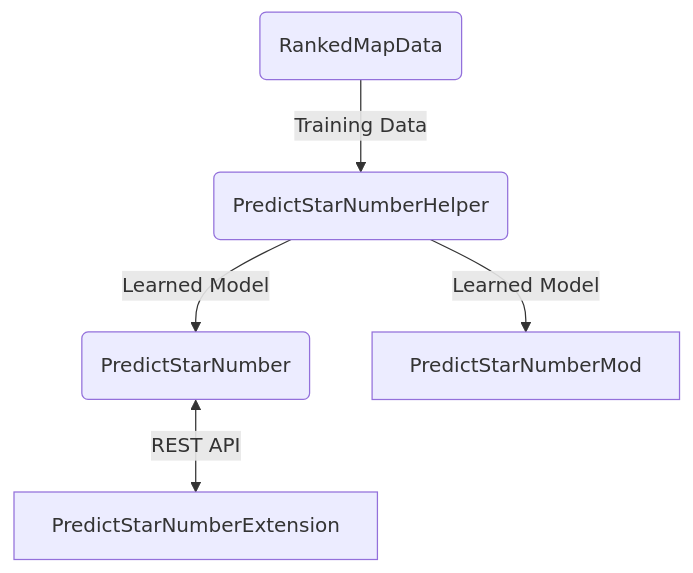
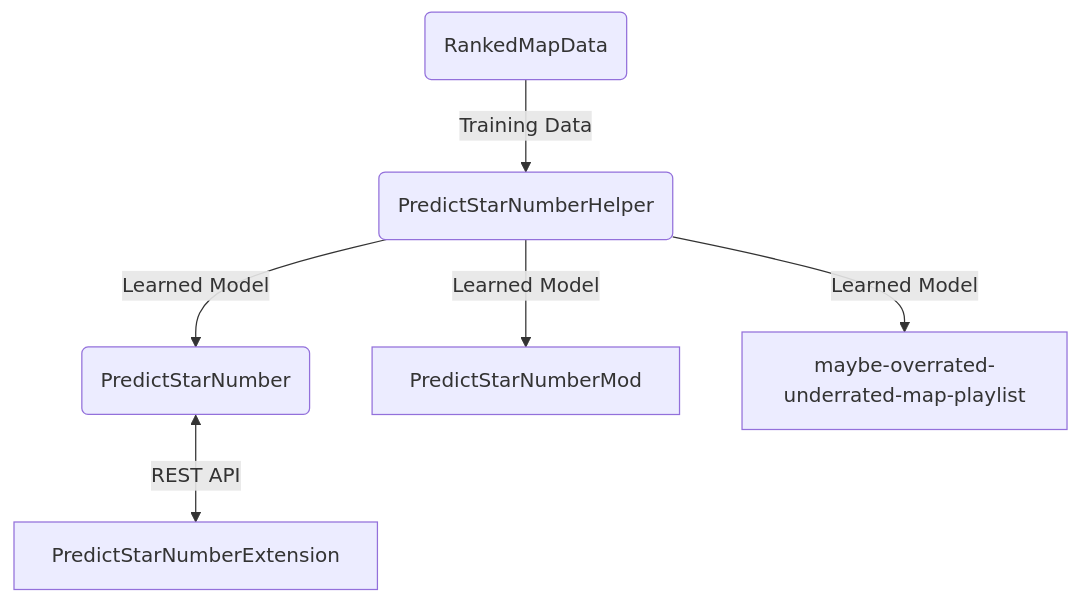
Before and after one commit to rakkyo150/rakkyo150.github.io: the diagram in README.md, drawn with Mermaid. The commit also changed other lines of this file, not shown here.

````diff
--- a/README.md
+++ b/README.md
@@ -71,7 +74,8 @@
 ```mermaid
 flowchart
     First(RankedMapData) -- Training Data --> Second(PredictStarNumberHelper)
     Second -- Learned Model --> Third(PredictStarNumber)
     Second -- Learned Model --> PredictStarNumberMod
+    Second -- Learned Model --> maybe-overrated-underrated-map-playlist
     Third <-- REST API --> PredictStarNumberExtension
 ```
````
